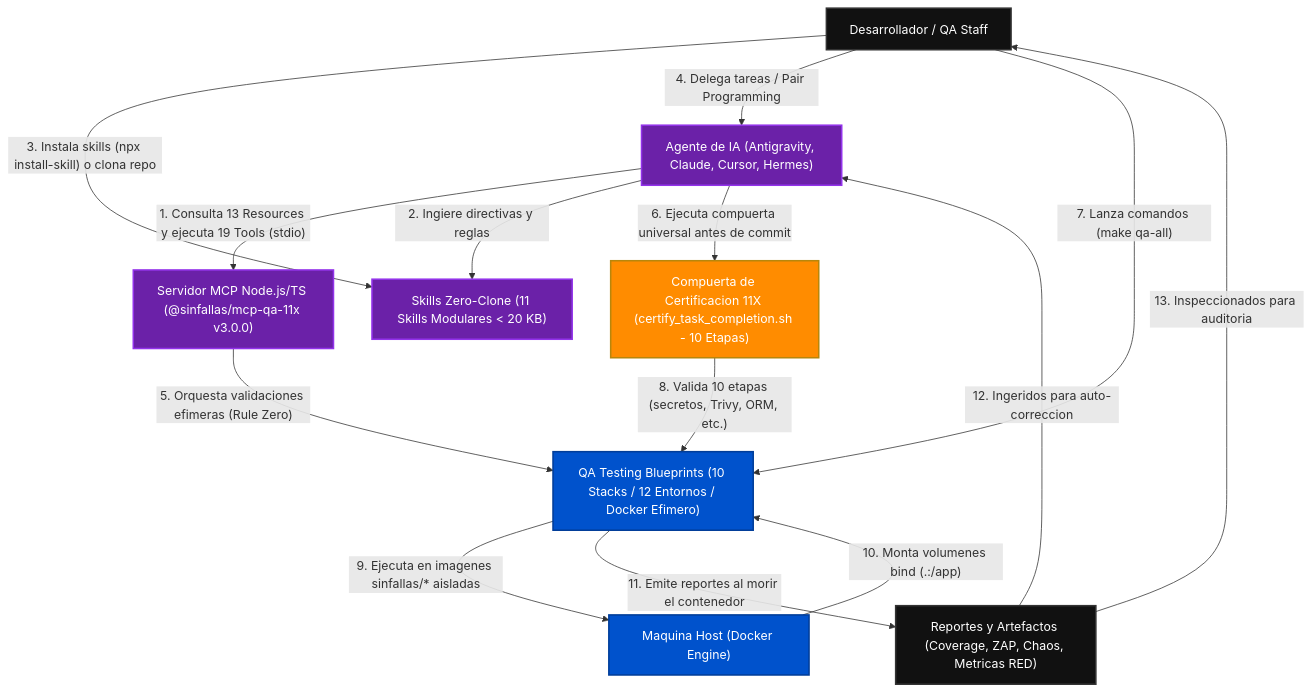
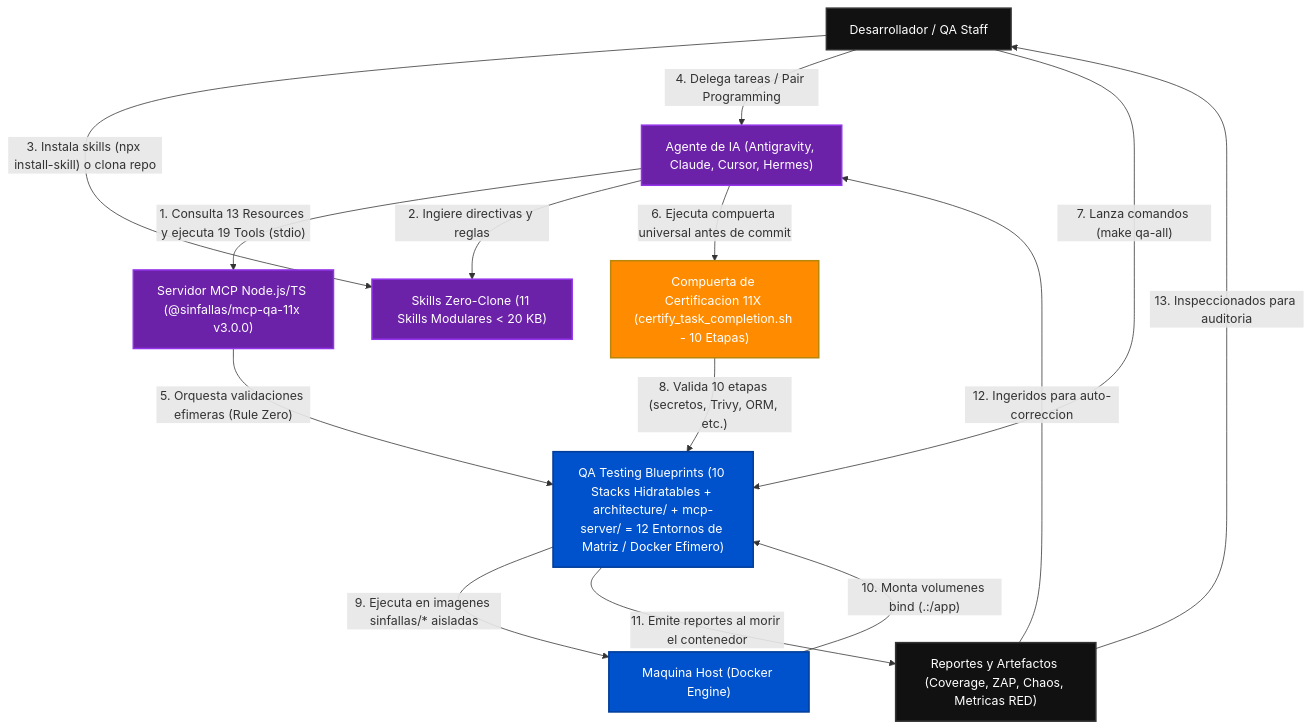
One commit to tecno-consultores/qa-testing-blueprints changed the first of 3 diagrams in docs/ARCHITECTURE_C4.es.md. Above: the diagram before and after it, drawn with Mermaid. The commit also changed other lines of this file and 35 other files, not shown here.

Commit message:
feat(manifest): incluir los 10 stacks hidratables

````diff
--- a/docs/ARCHITECTURE_C4.es.md
+++ b/docs/ARCHITECTURE_C4.es.md
@@ -12,33 +12,33 @@
 ```mermaid
 flowchart TD
     Human["Desarrollador / QA Staff"]
     Agent["Agente de IA (Antigravity, Claude, Cursor, Hermes)"]
     MCP["Servidor MCP Node.js/TS (@sinfallas/mcp-qa-11x v3.0.0)"]
     Skill["Skills Zero-Clone (11 Skills Modulares < 20 KB)"]
     Gate["Compuerta de Certificacion 11X (certify_task_completion.sh - 10 Etapas)"]
-    QA["QA Testing Blueprints (10 Stacks / 12 Entornos / Docker Efimero)"]
+    QA["QA Testing Blueprints (10 Stacks Hidratables + architecture/ + mcp-server/ = 12 Entornos de Matriz / Docker Efimero)"]
     Host["Maquina Host (Docker Engine)"]
     Reports["Reportes y Artefactos (Coverage, ZAP, Chaos, Metricas RED)"]
 
     Agent -->|"1. Consulta 13 Resources y ejecuta 19 Tools (stdio)"| MCP
     Agent -->|"2. Ingiere directivas y reglas"| Skill
     Human -->|"3. Instala skills (npx install-skill) o clona repo"| Skill
     Human -->|"4. Delega tareas / Pair Programming"| Agent
     MCP -->|"5. Orquesta validaciones efimeras (Rule Zero)"| QA
     Agent -->|"6. Ejecuta compuerta universal antes de commit"| Gate
     Human -->|"7. Lanza comandos (make qa-all)"| QA
     Gate -->|"8. Valida 10 etapas (secretos, Trivy, ORM, etc.)"| QA
     QA -->|"9. Ejecuta en imagenes sinfallas/* aisladas"| Host
     Host -->|"10. Monta volumenes bind (.:/app)"| QA
     QA -->|"11. Emite reportes al morir el contenedor"| Reports
     Reports -->|"12. Ingeridos para auto-correccion"| Agent
     Reports -->|"13. Inspeccionados para auditoria"| Human
 
     classDef default fill:#111,stroke:#333,stroke-width:2px,color:#fff;
     classDef highlight fill:#0052cc,stroke:#003d99,stroke-width:2px,color:#fff;
     classDef barrier fill:#ff8c00,stroke:#b8860b,stroke-width:2px,color:#fff;
     classDef ai fill:#6b21a8,stroke:#9333ea,stroke-width:2px,color:#fff;
     class QA,Host highlight;
     class Gate barrier;
     class Agent,MCP,Skill ai;
 ```
````
